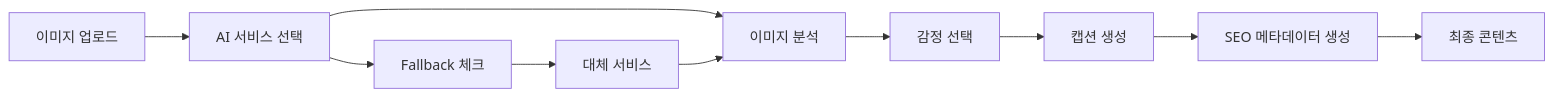
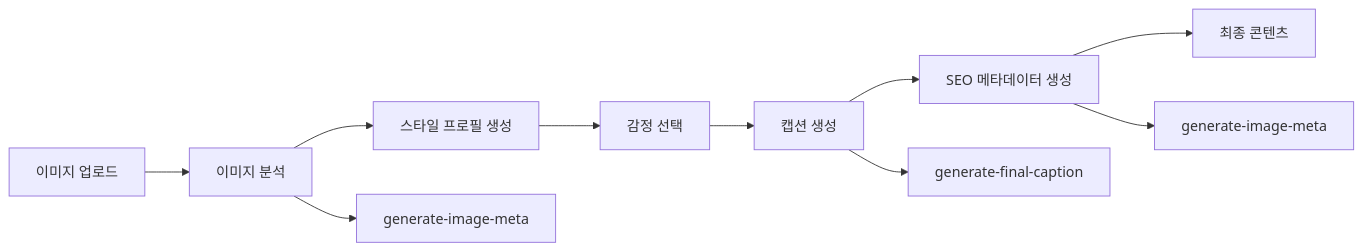
The diagram in docs/AI_INTEGRATION.md (psb1792/StayPost), drawn with Mermaid before and after one commit. The commit also changed other lines of this file and 8 other files, not shown here.

````diff
--- a/docs/AI_INTEGRATION.md
+++ b/docs/AI_INTEGRATION.md
@@ -44,13 +42,13 @@
 ```mermaid
 flowchart LR
-  A[이미지 업로드] --> B[AI 서비스 선택]
-  B --> C[이미지 분석]
+  A[이미지 업로드] --> B[이미지 분석]
+  B --> C[스타일 프로필 생성]
   C --> D[감정 선택]
   D --> E[캡션 생성]
   E --> F[SEO 메타데이터 생성]
   F --> G[최종 콘텐츠]
   
-  B --> H[Fallback 체크]
-  H --> I[대체 서비스]
-  I --> C
+  B --> H[generate-image-meta]
+  E --> I[generate-final-caption]
+  F --> J[generate-image-meta]
 ```
````
